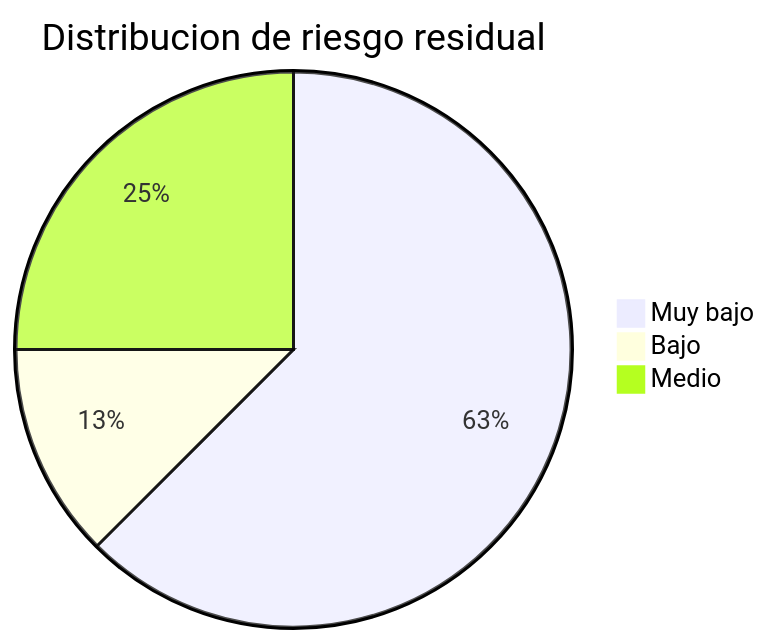
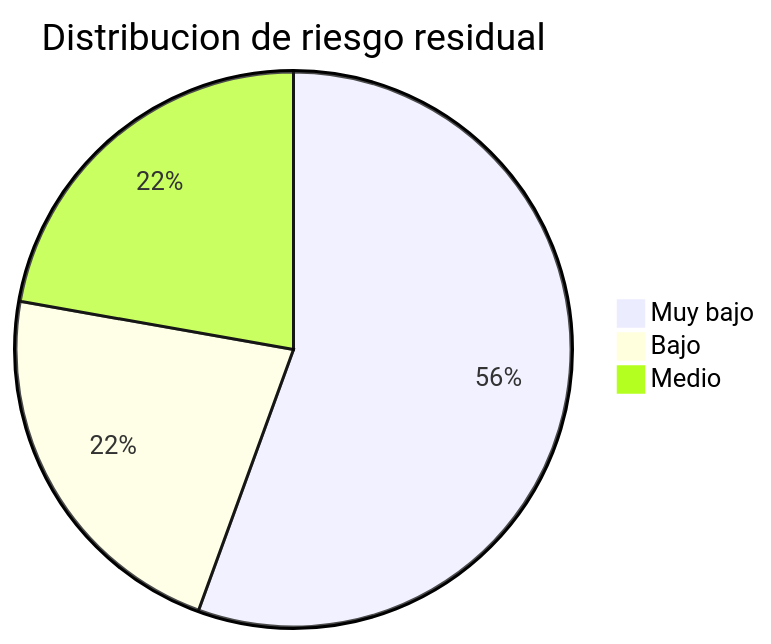
One commit to jorgej-ramos/AAVP changed diagram 11 of 11 in PROTOCOL.md. Above: the diagram before and after it, drawn with Mermaid. The commit also changed other lines of this file and 4 other files, not shown here.

````diff
--- a/PROTOCOL.md
+++ b/PROTOCOL.md
@@ -392,6 +444,6 @@
 ```mermaid
 pie title Distribucion de riesgo residual
     "Muy bajo" : 5
-    "Bajo" : 1
+    "Bajo" : 2
     "Medio" : 2
 ```
````
